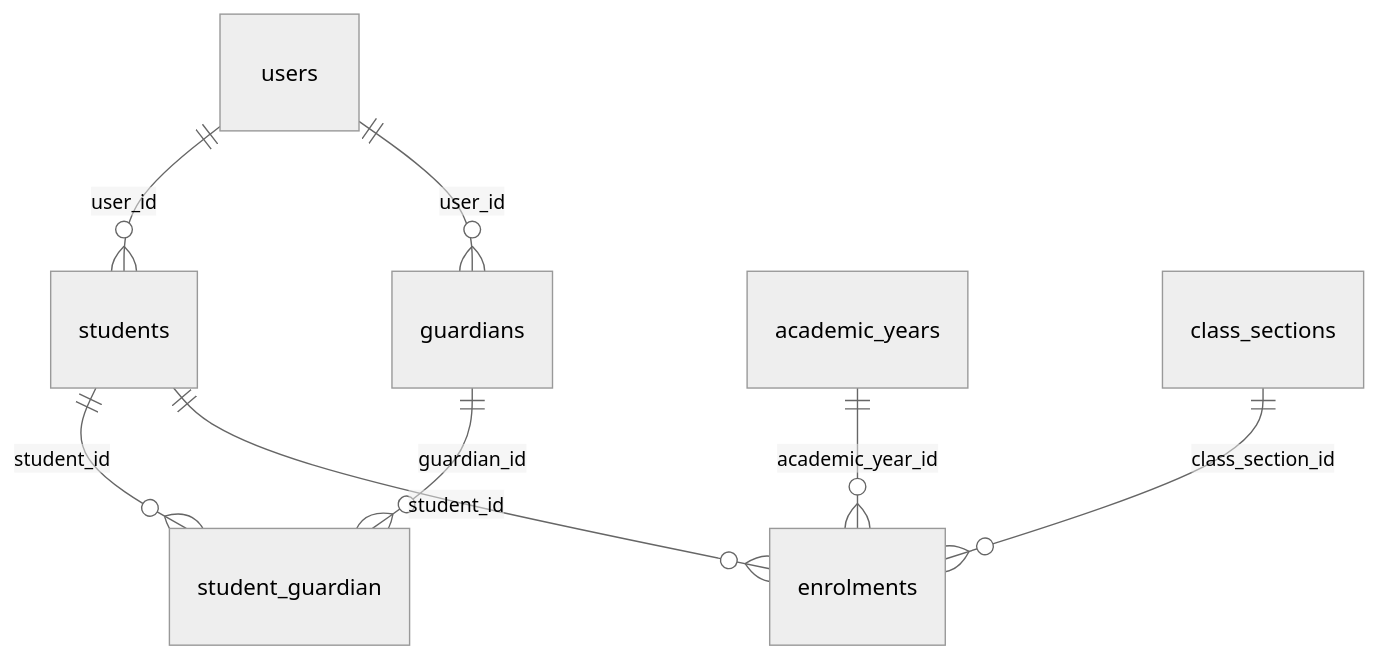
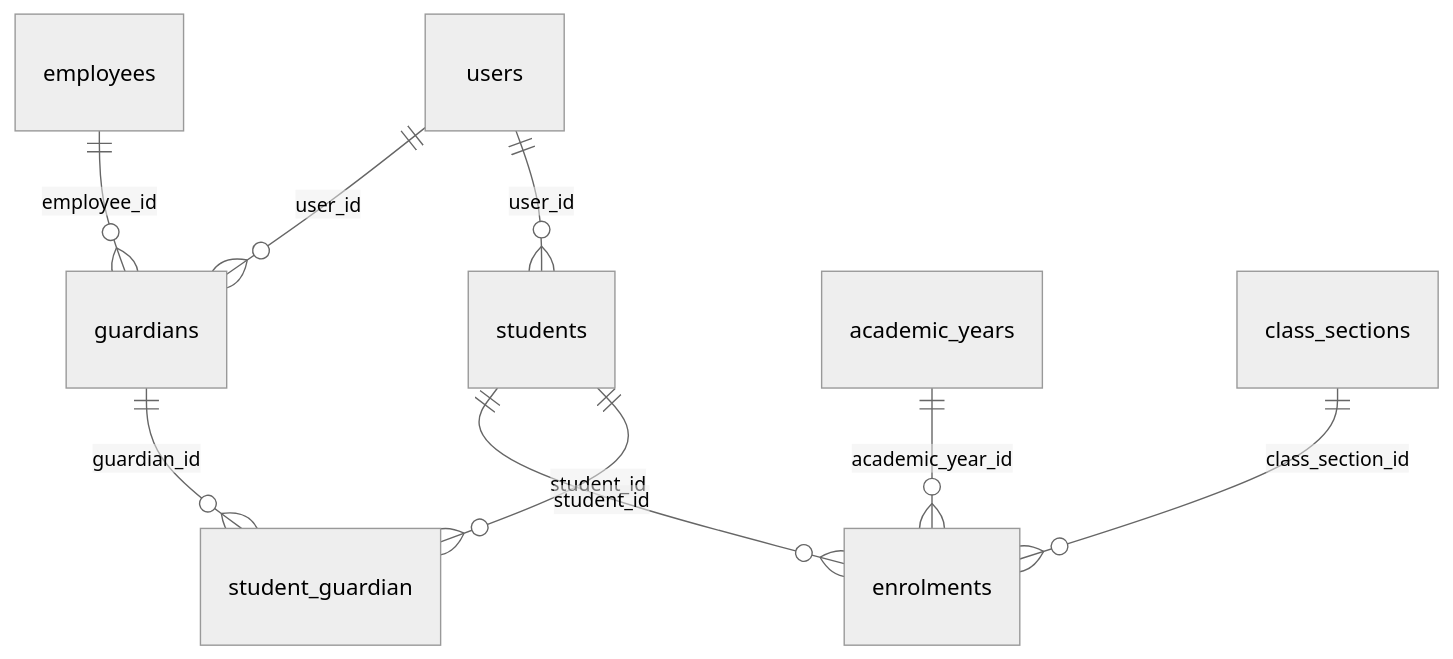
One commit to shivansh2277/School-management-system changed the second of 21 diagrams in docs/DATABASE.md. Above: the diagram before and after it, drawn with Mermaid (neutral theme). The commit also changed other lines of this file and 2308 other files, not shown here.

````diff
--- a/docs/DATABASE.md
+++ b/docs/DATABASE.md
@@ -361,10 +367,11 @@
 ```mermaid
 erDiagram
     users ||--o{ students : "user_id"
+    employees ||--o{ guardians : "employee_id"
     users ||--o{ guardians : "user_id"
     guardians ||--o{ student_guardian : "guardian_id"
     students ||--o{ student_guardian : "student_id"
     academic_years ||--o{ enrolments : "academic_year_id"
     class_sections ||--o{ enrolments : "class_section_id"
     students ||--o{ enrolments : "student_id"
 ```
````
